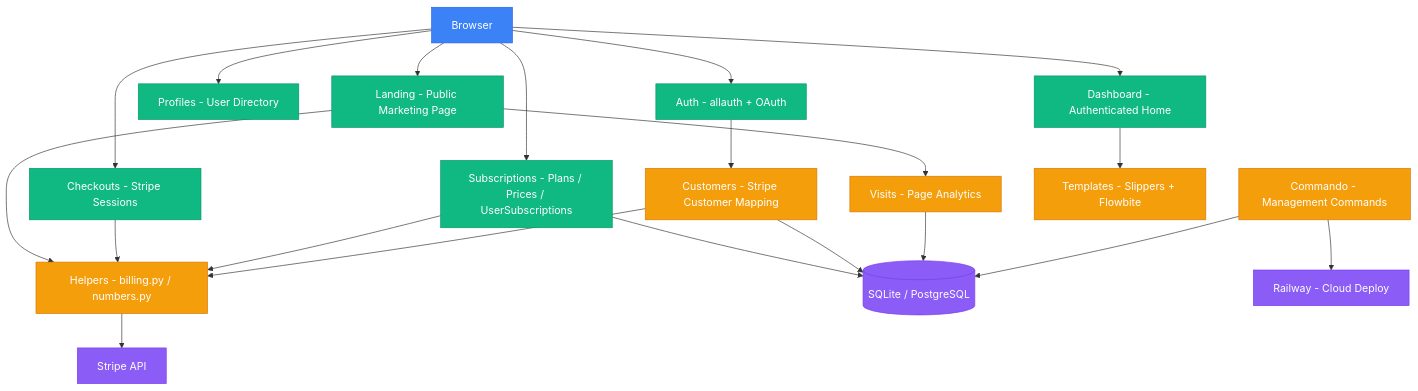
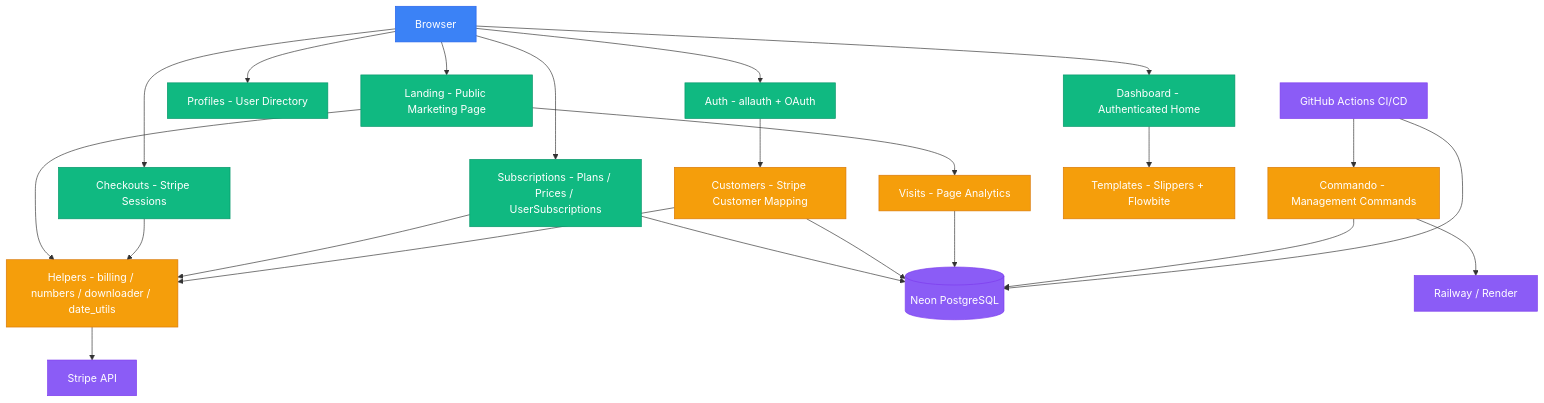
One commit to ays19/SaaS-Django changed the diagram in README.md. Above: the diagram before and after it, drawn with Mermaid. The commit also changed other lines of this file, not shown here.

````diff
--- a/README.md
+++ b/README.md
@@ -102,50 +117,53 @@
 ```mermaid
 graph TD
     A[Browser]
 
     B[Auth - allauth + OAuth]
     C[Checkouts - Stripe Sessions]
     D[Subscriptions - Plans / Prices / UserSubscriptions]
     E[Customers - Stripe Customer Mapping]
-    F[Helpers - billing.py / numbers.py]
+    F[Helpers - billing / numbers / downloader / date_utils]
     G[Profiles - User Directory]
     H[Visits - Page Analytics]
     I[Commando - Management Commands]
     J[Templates - Slippers + Flowbite]
     N[Landing - Public Marketing Page]
     O[Dashboard - Authenticated Home]
 
-    K[(SQLite / PostgreSQL)]
+    K[(Neon PostgreSQL)]
     L[Stripe API]
-    M[Railway - Cloud Deploy]
+    M[Railway / Render]
+    P[GitHub Actions CI/CD]
 
     A --> N
     A --> O
     A --> B
     A --> C
     A --> D
     A --> G
     N --> H
     N --> F
     O --> J
     B --> E
     C --> F
     D --> F
     E --> F
     F --> L
     D --> K
     E --> K
     H --> K
     I --> K
     I --> M
+    P --> K
+    P --> I
 
     classDef client fill:#3b82f6,stroke:#2563eb,color:#fff
     classDef app fill:#10b981,stroke:#059669,color:#fff
     classDef helper fill:#f59e0b,stroke:#d97706,color:#fff
     classDef external fill:#8b5cf6,stroke:#7c3aed,color:#fff
 
     class A client
     class B,C,D,G,N,O app
     class E,F,H,I,J helper
-    class K,L,M external
+    class K,L,M,P external
 ```
````
